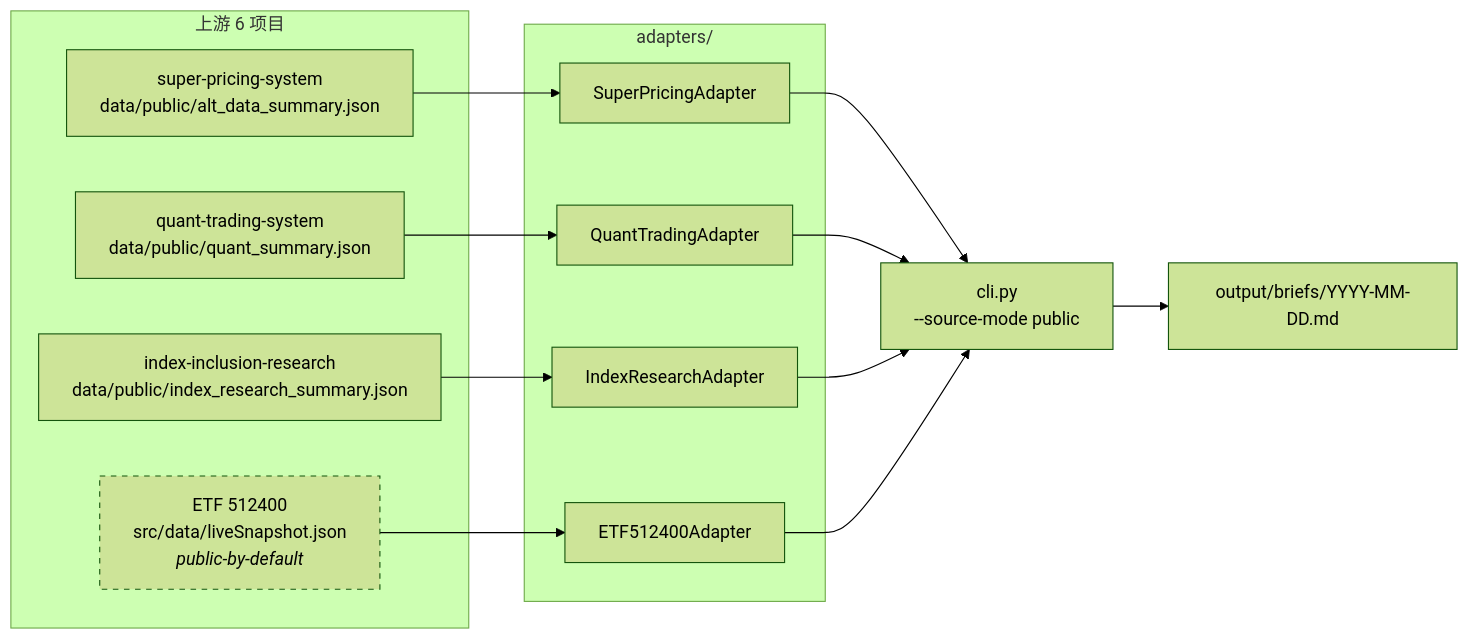
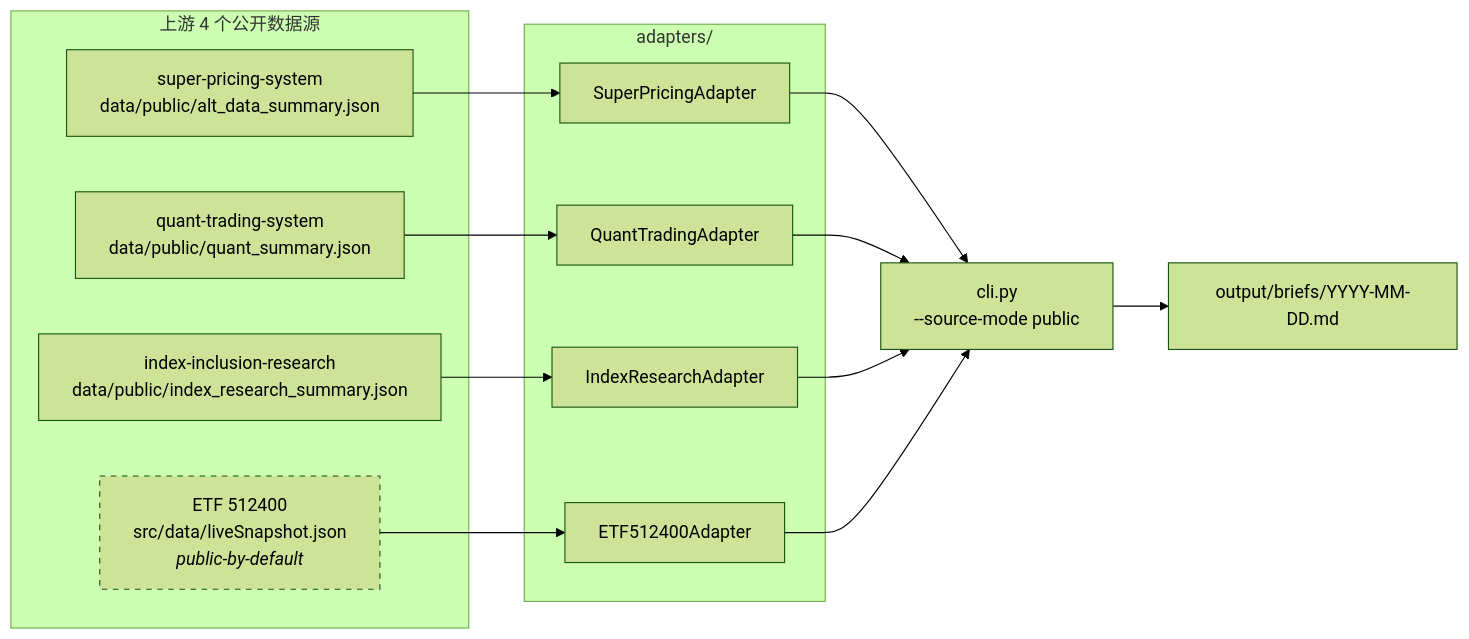
The diagram in README.md (Leonard-Don/altdata-brief), drawn with Mermaid (forest theme) before and after one commit. The commit also changed other lines of this file and 15 other files, not shown here.

````diff
--- a/README.md
+++ b/README.md
@@ -177,22 +175,22 @@
 ```mermaid
 flowchart LR
-    subgraph upstream[上游 6 项目]
+    subgraph upstream[上游 4 个公开数据源]
         SP[super-pricing-system<br/>data/public/alt_data_summary.json]
         QT[quant-trading-system<br/>data/public/quant_summary.json]
         IX[index-inclusion-research<br/>data/public/index_research_summary.json]
         ETF[ETF 512400<br/>src/data/liveSnapshot.json<br/><i>public-by-default</i>]
     end
     subgraph adapters[adapters/]
         AS[SuperPricingAdapter]
         AQ[QuantTradingAdapter]
         AI[IndexResearchAdapter]
         AE[ETF512400Adapter]
     end
     SP --> AS
     QT --> AQ
     IX --> AI
     ETF --> AE
     AS & AQ & AI & AE --> CLI[cli.py<br/>--source-mode public]
     CLI --> Brief[output/briefs/YYYY-MM-DD.md]
     style ETF stroke-dasharray: 5 5
 ```
````
